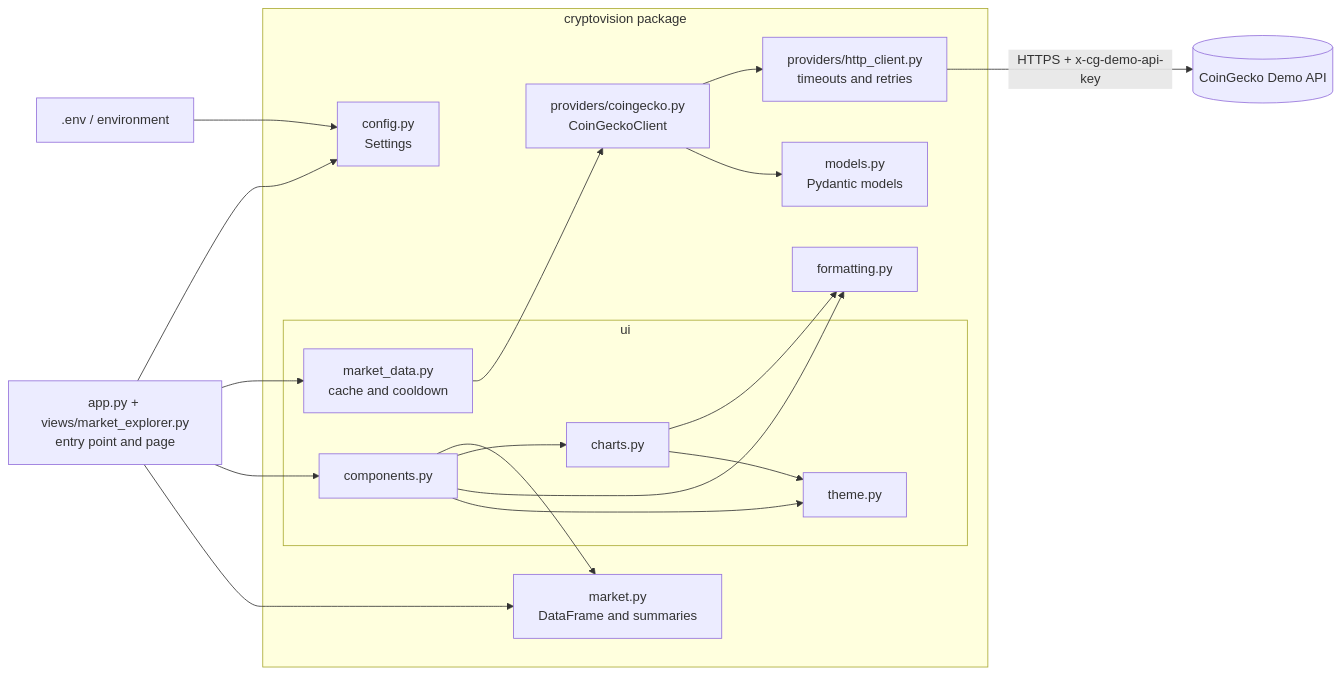
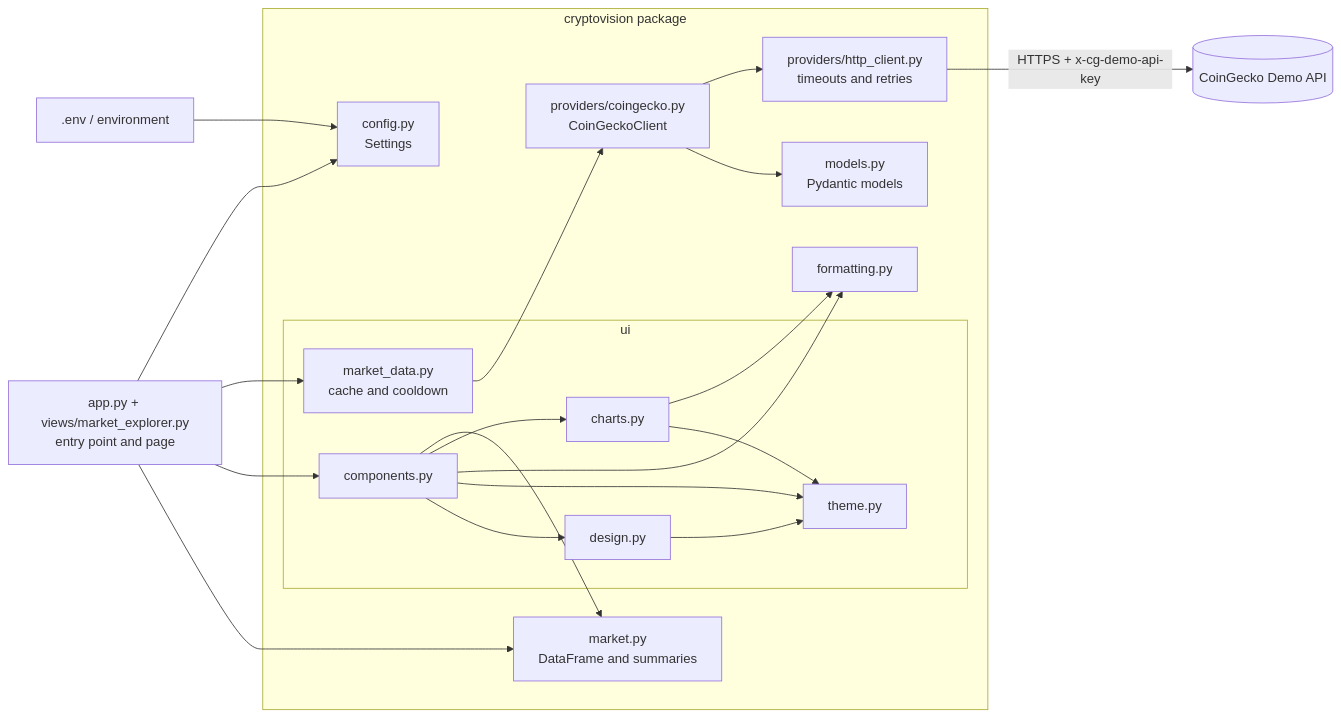
One commit to CaioVenxncio/cryptovision-dashboard changed the diagram in docs/architecture.md. Above: the diagram before and after it, drawn with Mermaid. The commit also changed other lines of this file and 45 other files, not shown here.

````diff
--- a/docs/architecture.md
+++ b/docs/architecture.md
@@ -18,35 +20,38 @@
 ```mermaid
 flowchart LR
     CG[(CoinGecko Demo API)]
 
     subgraph pkg [cryptovision package]
         CFG[config.py<br/>Settings]
         HTTP[providers/http_client.py<br/>timeouts and retries]
         CLI[providers/coingecko.py<br/>CoinGeckoClient]
         MOD[models.py<br/>Pydantic models]
         MKT[market.py<br/>DataFrame and summaries]
         FMT[formatting.py]
         subgraph ui [ui]
             DATA[market_data.py<br/>cache and cooldown]
             COMP[components.py]
             CH[charts.py]
             TH[theme.py]
+            DS[design.py]
         end
     end
 
     ENV[.env / environment] --> CFG
     APP[app.py + views/market_explorer.py<br/>entry point and page] --> CFG
     APP --> DATA
     APP --> COMP
     DATA --> CLI
     CLI --> HTTP
     HTTP -->|HTTPS + x-cg-demo-api-key| CG
     CLI --> MOD
     APP --> MKT
     COMP --> MKT
     COMP --> CH
     COMP --> FMT
     CH --> FMT
     COMP --> TH
+    COMP --> DS
+    DS --> TH
     CH --> TH
 ```
````
